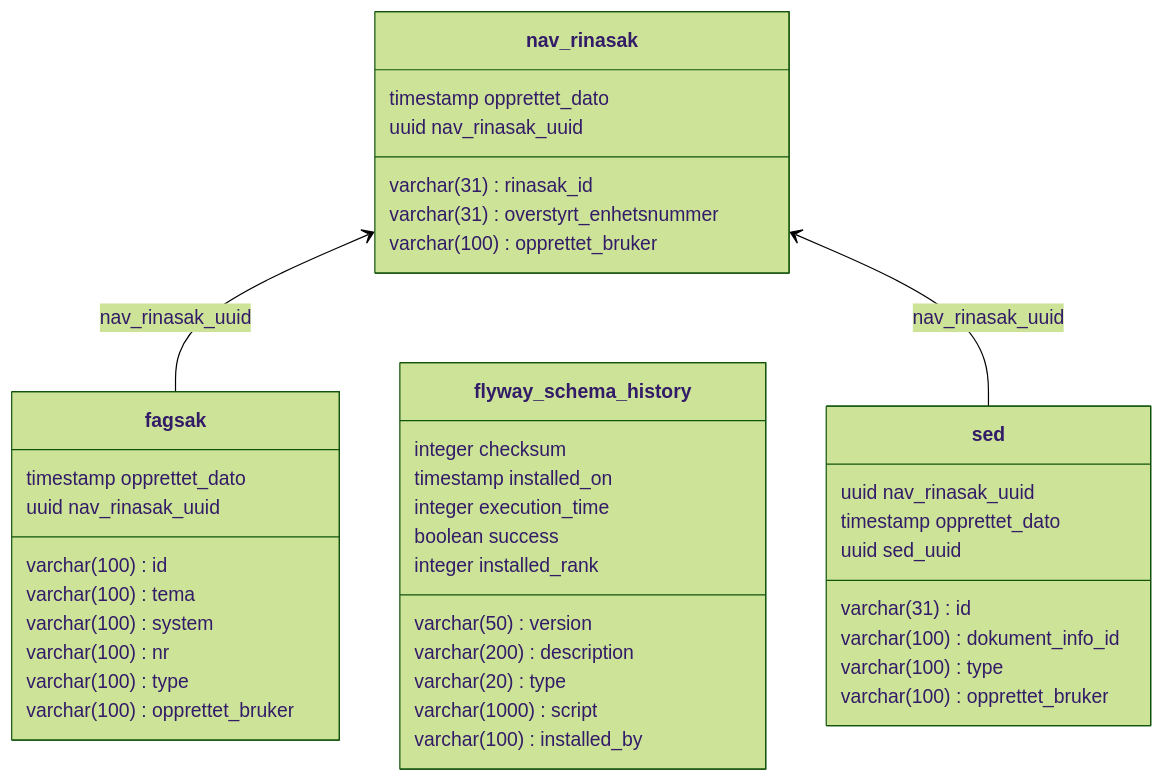
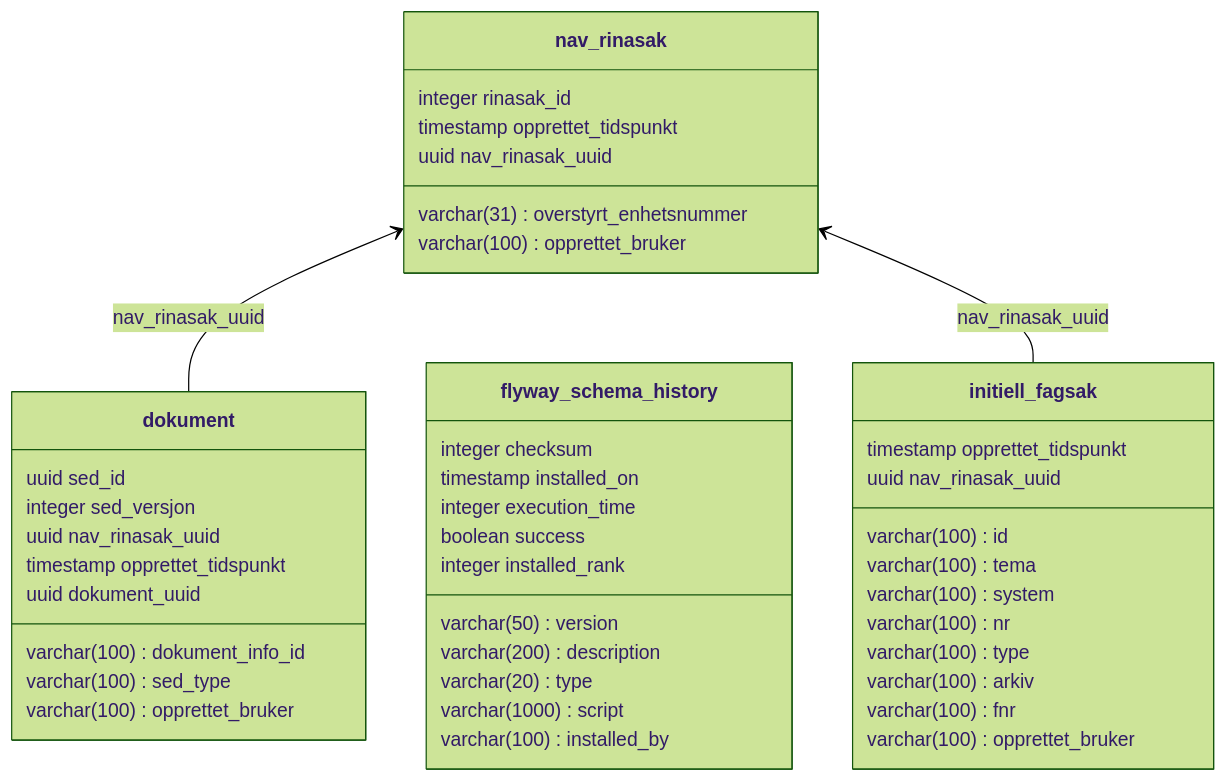
The diagram in readme.md (navikt/eux-nav-rinasak), drawn with Mermaid (forest theme) before and after one commit. The commit also changed other lines of this file and 9 other files, not shown here.

`````diff
--- a/readme.md
+++ b/readme.md
@@ -27,46 +27,49 @@
 ````mermaid
 classDiagram
 direction BT
-class fagsak {
-   varchar(100) id
-   varchar(100) tema
-   varchar(100) system
-   varchar(100) nr
-   varchar(100) type
+class dokument {
+   varchar(100) dokument_info_id
+   uuid sed_id
+   integer sed_versjon
+   varchar(100) sed_type
+   uuid nav_rinasak_uuid
    varchar(100) opprettet_bruker
-   timestamp opprettet_dato
-   uuid nav_rinasak_uuid
+   timestamp opprettet_tidspunkt
+   uuid dokument_uuid
 }
 class flyway_schema_history {
    varchar(50) version
    varchar(200) description
    varchar(20) type
    varchar(1000) script
    integer checksum
    varchar(100) installed_by
    timestamp installed_on
    integer execution_time
    boolean success
    integer installed_rank
 }
+class initiell_fagsak {
+   varchar(100) id
+   varchar(100) tema
+   varchar(100) system
+   varchar(100) nr
+   varchar(100) type
+   varchar(100) arkiv
+   varchar(100) fnr
+   varchar(100) opprettet_bruker
+   timestamp opprettet_tidspunkt
+   uuid nav_rinasak_uuid
+}
 class nav_rinasak {
-   varchar(31) rinasak_id
+   integer rinasak_id
    varchar(31) overstyrt_enhetsnummer
    varchar(100) opprettet_bruker
-   timestamp opprettet_dato
+   timestamp opprettet_tidspunkt
    uuid nav_rinasak_uuid
 }
-class sed {
-   varchar(31) id
-   uuid nav_rinasak_uuid
-   varchar(100) dokument_info_id
-   varchar(100) type
-   varchar(100) opprettet_bruker
-   timestamp opprettet_dato
-   uuid sed_uuid
-}
 
-fagsak  -->  nav_rinasak : nav_rinasak_uuid
-sed  -->  nav_rinasak : nav_rinasak_uuid
+dokument  -->  nav_rinasak : nav_rinasak_uuid
+initiell_fagsak  -->  nav_rinasak : nav_rinasak_uuid
 
 ````
`````
